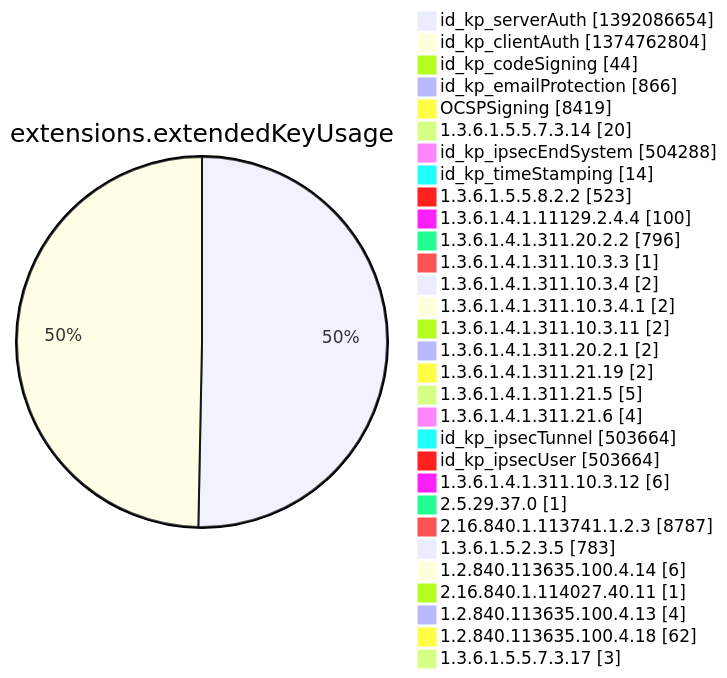
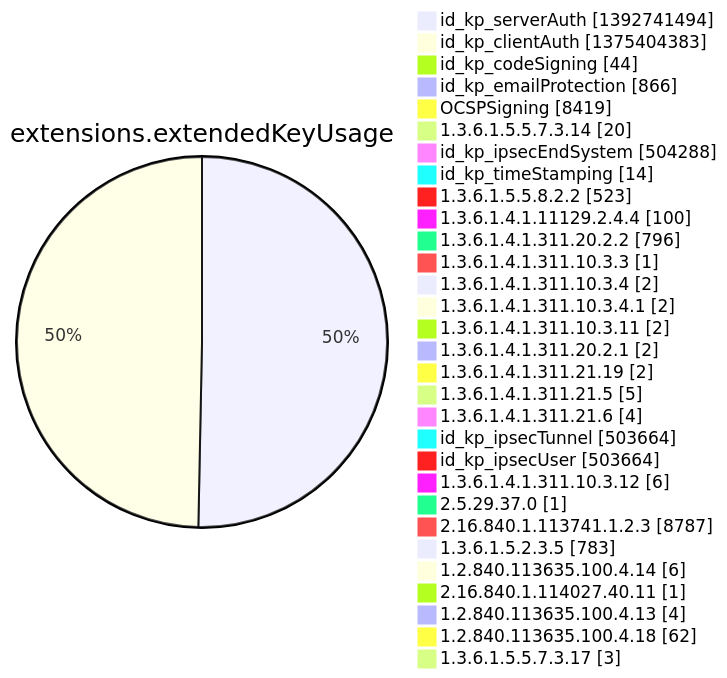
Diagram 12 of 15 in argon2022/README.md (christiankrug/ctmonitor_visualization), drawn with Mermaid before and after one commit. The commit also changed other lines of this file, not shown here.

````diff
--- a/argon2022/README.md
+++ b/argon2022/README.md
@@ -3554,34 +3554,34 @@
 ```mermaid
 pie showData
 title extensions.extendedKeyUsage
-"id_kp_serverAuth" :1392086654
-"id_kp_clientAuth" :1374762804
+"id_kp_serverAuth" :1392741494
+"id_kp_clientAuth" :1375404383
 "id_kp_codeSigning" :44
 "id_kp_emailProtection" :866
 "OCSPSigning" :8419
 "1.3.6.1.5.5.7.3.14" :20
 "id_kp_ipsecEndSystem" :504288
 "id_kp_timeStamping" :14
 "1.3.6.1.5.5.8.2.2" :523
 "1.3.6.1.4.1.11129.2.4.4" :100
 "1.3.6.1.4.1.311.20.2.2" :796
 "1.3.6.1.4.1.311.10.3.3" :1
 "1.3.6.1.4.1.311.10.3.4" :2
 "1.3.6.1.4.1.311.10.3.4.1" :2
 "1.3.6.1.4.1.311.10.3.11" :2
 "1.3.6.1.4.1.311.20.2.1" :2
 "1.3.6.1.4.1.311.21.19" :2
 "1.3.6.1.4.1.311.21.5" :5
 "1.3.6.1.4.1.311.21.6" :4
 "id_kp_ipsecTunnel" :503664
 "id_kp_ipsecUser" :503664
 "1.3.6.1.4.1.311.10.3.12" :6
 "2.5.29.37.0" :1
 "2.16.840.1.113741.1.2.3" :8787
 "1.3.6.1.5.2.3.5" :783
 "1.2.840.113635.100.4.14" :6
 "2.16.840.1.114027.40.11" :1
 "1.2.840.113635.100.4.13" :4
 "1.2.840.113635.100.4.18" :62
 "1.3.6.1.5.5.7.3.17" :3
 ```
````
